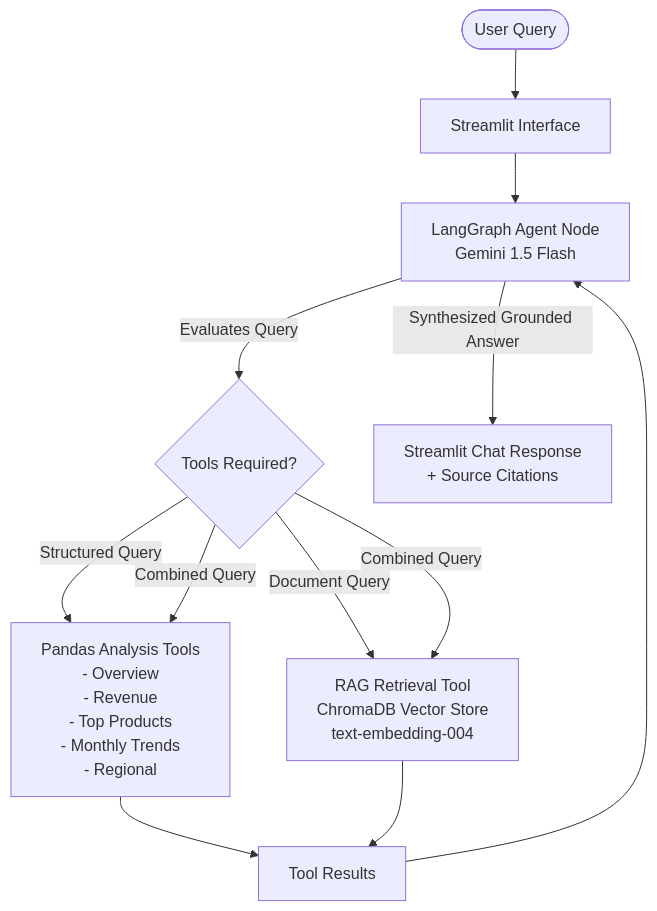
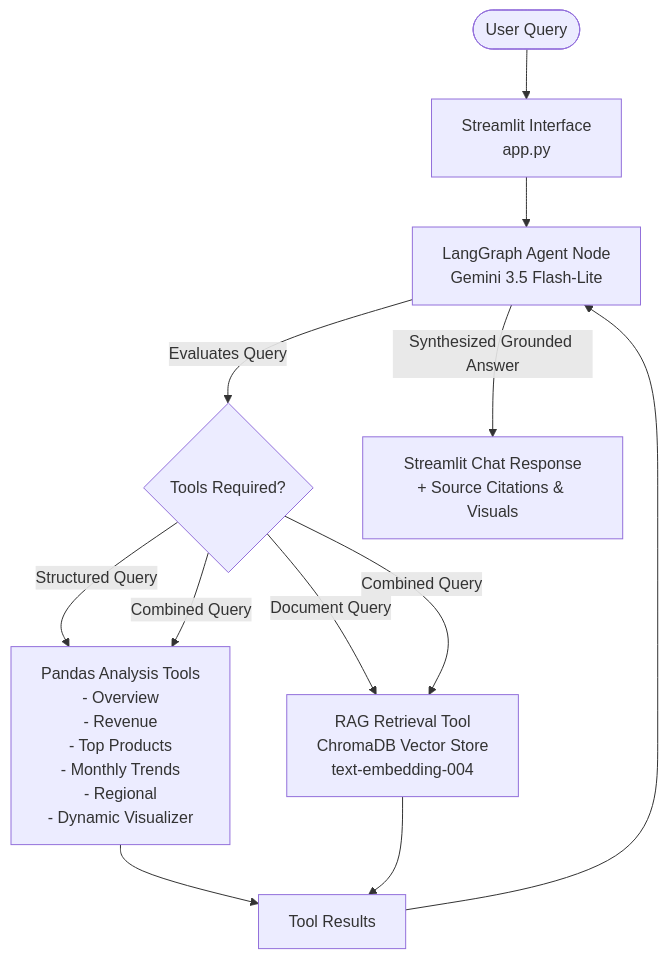
Before and after one commit to Ravi110296/DataSense-AI: the diagram in README.md, drawn with Mermaid. The commit also changed other lines of this file, not shown here.

Commit message:
docs: update README with exact repository structure, clone URL, and Gemini 3.5 Flash-Lite model

````diff
--- a/README.md
+++ b/README.md
@@ -23,17 +23,17 @@
 ```mermaid
 flowchart TD
-    User([User Query]) --> UI[Streamlit Interface]
-    UI --> AgentNode[LangGraph Agent Node\nGemini 1.5 Flash]
+    User([User Query]) --> UI[Streamlit Interface\napp.py]
+    UI --> AgentNode[LangGraph Agent Node\nGemini 3.5 Flash-Lite]
     
     AgentNode -->|Evaluates Query| ToolRouter{Tools Required?}
     
-    ToolRouter -->|Structured Query| ToolData[Pandas Analysis Tools\n- Overview\n- Revenue\n- Top Products\n- Monthly Trends\n- Regional]
+    ToolRouter -->|Structured Query| ToolData[Pandas Analysis Tools\n- Overview\n- Revenue\n- Top Products\n- Monthly Trends\n- Regional\n- Dynamic Visualizer]
     ToolRouter -->|Document Query| ToolRAG[RAG Retrieval Tool\nChromaDB Vector Store\ntext-embedding-004]
     ToolRouter -->|Combined Query| ToolData & ToolRAG
     
     ToolData --> ToolResults[Tool Results]
     ToolRAG --> ToolResults
     
     ToolResults --> AgentNode
-    AgentNode -->|Synthesized Grounded Answer| FinalResponse[Streamlit Chat Response\n+ Source Citations]
+    AgentNode -->|Synthesized Grounded Answer| FinalResponse[Streamlit Chat Response\n+ Source Citations & Visuals]
 ```
````
